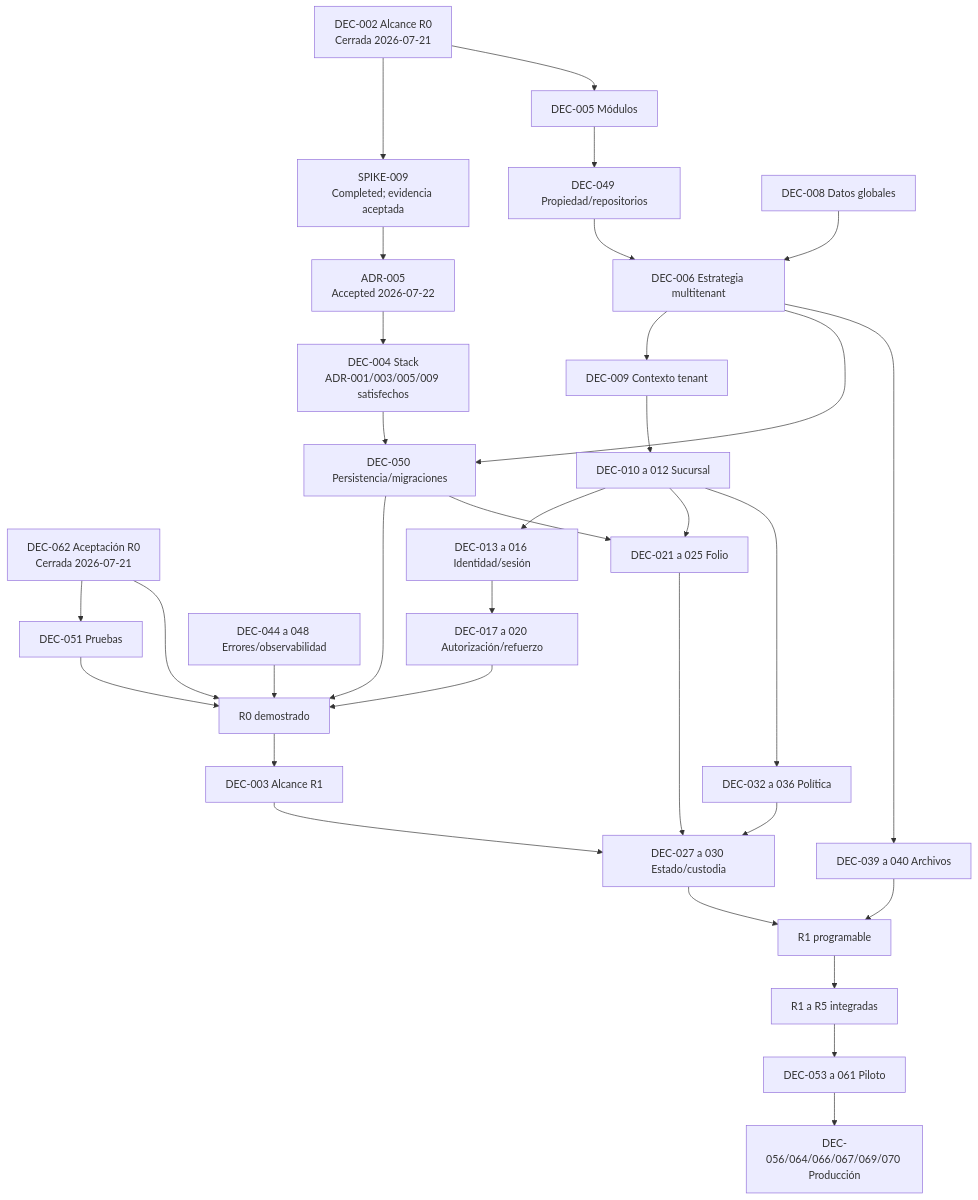
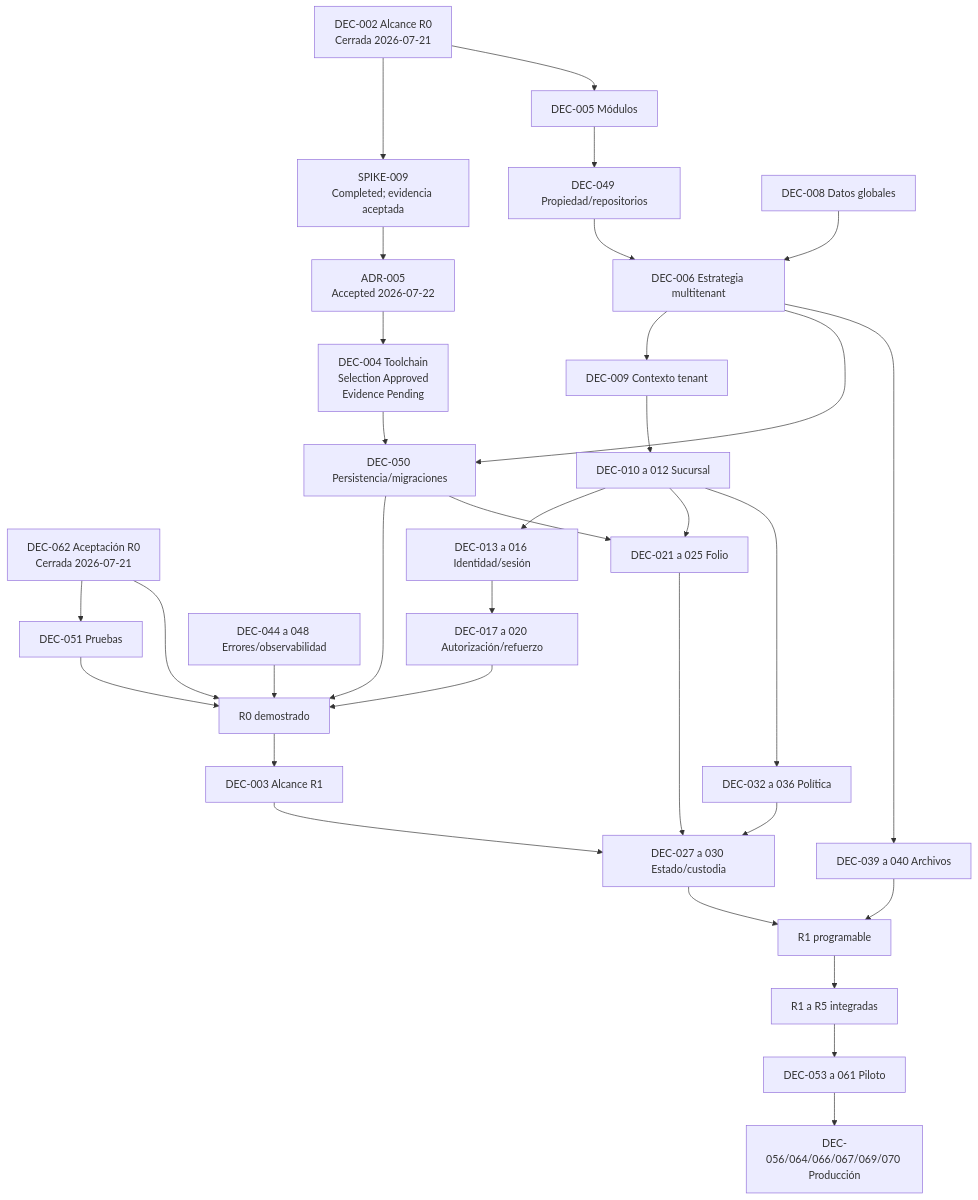
One commit to luisgtzaviles/SrTaller-2.0 changed the diagram in docs/architecture-readiness/blocker-closure/DEPENDENCIAS_ENTRE_DECISIONES.md. Above: the diagram before and after it, drawn with Mermaid. The commit also changed other lines of this file and 70 other files, not shown here.

Commit message:
build: materialize DEC-004 toolchain contract

````diff
--- a/docs/architecture-readiness/blocker-closure/DEPENDENCIAS_ENTRE_DECISIONES.md
+++ b/docs/architecture-readiness/blocker-closure/DEPENDENCIAS_ENTRE_DECISIONES.md
@@ -5,39 +5,39 @@
 ```mermaid
 flowchart TD
     SCOPE[DEC-002 Alcance R0<br/>Cerrada 2026-07-21] --> SPIKE9[SPIKE-009<br/>Completed; evidencia aceptada]
     SPIKE9 --> ADR5[ADR-005<br/>Accepted 2026-07-22]
-    ADR5 --> STACK[DEC-004 Stack<br/>ADR-001/003/005/009 satisfechos]
+    ADR5 --> STACK[DEC-004 Toolchain<br/>Selection Approved<br/>Evidence Pending]
     SCOPE --> MODULES[DEC-005 Módulos]
     ACCEPT[DEC-062 Aceptación R0<br/>Cerrada 2026-07-21] --> TEST[DEC-051 Pruebas]
     ACCEPT --> R0
     STACK --> DATA[DEC-050 Persistencia/migraciones]
     MODULES --> OWN[DEC-049 Propiedad/repositorios]
 
     GLOBAL[DEC-008 Datos globales] --> MT[DEC-006 Estrategia multitenant]
     OWN --> MT
     MT --> TC[DEC-009 Contexto tenant]
     TC --> BR[DEC-010 a 012 Sucursal]
     BR --> ID[DEC-013 a 016 Identidad/sesión]
     ID --> AUTH[DEC-017 a 020 Autorización/refuerzo]
     MT --> DATA
 
     TEST[DEC-051 Pruebas] --> R0[R0 demostrado]
     AUTH --> R0
     DATA --> R0
     OBS[DEC-044 a 048 Errores/observabilidad] --> R0
 
     R0 --> R1S[DEC-003 Alcance R1]
     BR --> FOLIO[DEC-021 a 025 Folio]
     DATA --> FOLIO
     R1S --> CUST[DEC-027 a 030 Estado/custodia]
     FOLIO --> CUST
     BR --> POLICY[DEC-032 a 036 Política]
     POLICY --> CUST
     MT --> FILES[DEC-039 a 040 Archivos]
     CUST --> R1[R1 programable]
     FILES --> R1
 
     R1 --> MVP[R1 a R5 integradas]
     MVP --> PILOT[DEC-053 a 061 Piloto]
     PILOT --> PROD[DEC-056/064/066/067/069/070 Producción]
 ```
````
